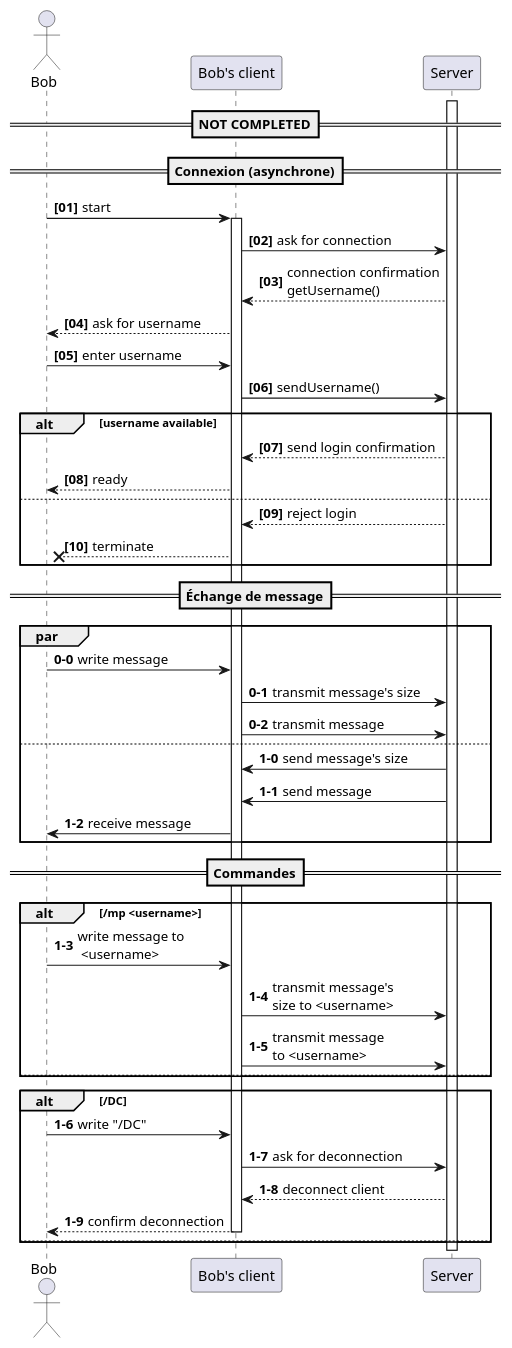
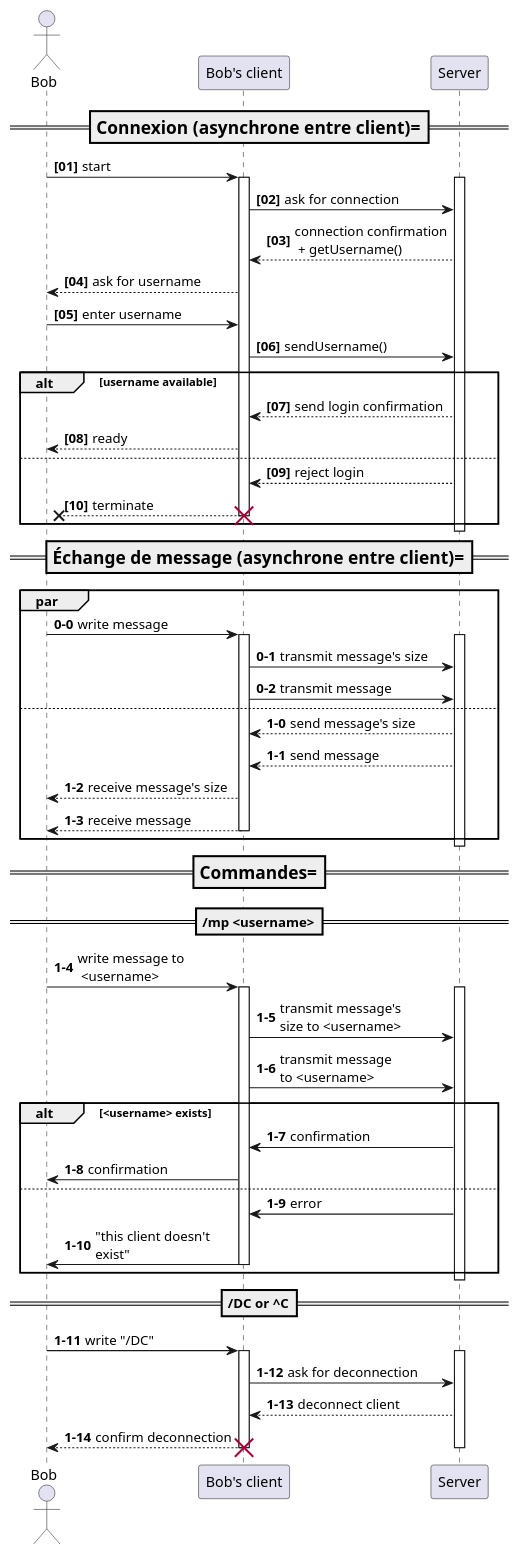
Before and after one commit to iusildra/PolyMessages: the diagram in reports/sprint2/sequence.plantuml, drawn with PlantUML. The commit also changed 4 other files, not shown here.

```diff
--- a/reports/sprint2/sequence.plantuml
+++ b/reports/sprint2/sequence.plantuml
@@ -1,54 +1,67 @@
 @startuml protocole
 
 skinparam responseMessageBelowArrow true
 
-==NOT COMPLETED==
 actor Bob 
 participant "Bob's client" as Client1
 participant Server
 
-activate Server
-==Connexion (asynchrone)==
+===Connexion (asynchrone entre client)===
 autonumber "<b>[00]"
 Bob -> Client1++: start
+activate Server
 Client1 -> Server: ask for connection
-Server --> Client1: connection confirmation\ngetUsername()
+Server --> Client1: connection confirmation\n + getUsername()
 Client1 --> Bob: ask for username
 Bob -> Client1: enter username
 Client1 -> Server: sendUsername()
 alt username available
 Server --> Client1: send login confirmation
 Client1 --> Bob: ready
 else
 Server --> Client1: reject login
 Client1 --x Bob: terminate
+destroy Client1
 end
+deactivate Server
 
-==Échange de message==
+===Échange de message (asynchrone entre client)===
 
+activate Server
 par
 autonumber 0-0
-Bob -> Client1 : write message
+Bob -> Client1++ : write message
+activate Server
 Client1 -> Server: transmit message's size
 Client1 -> Server: transmit message
 else
 autonumber 1-0
-Server -> Client1: send message's size
-Server -> Client1: send message
-Client1 -> Bob: receive message
+Server --> Client1: send message's size
+Server --> Client1: send message
+Client1 --> Bob: receive message's size
+Client1 --> Bob--: receive message
 end
-==Commandes==
-alt /mp <username>
-Bob -> Client1: write message to\n <username>
+deactivate Server
+===Commandes===
+==/mp <username>==
+Bob -> Client1++: write message to\n <username>
+activate Server
 Client1 -> Server: transmit message's\nsize to <username>
 Client1 -> Server: transmit message\nto <username>
+alt <username> exists
+Server -> Client1: confirmation
+Client1 -> Bob: confirmation
 else
+Server -> Client1: error
+Client1 -> Bob--: "this client doesn't\nexist"
 end
-alt /DC
-Bob -> Client1: write "/DC"
+deactivate Server
+==/DC or ^C==
+Bob -> Client1++: write "/DC"
+activate Server
 Client1 -> Server: ask for deconnection
 Server --> Client1: deconnect client
 Client1 --> Bob--: confirm deconnection
-else
-end
+destroy Client1
+deactivate Server
 @enduml
```
